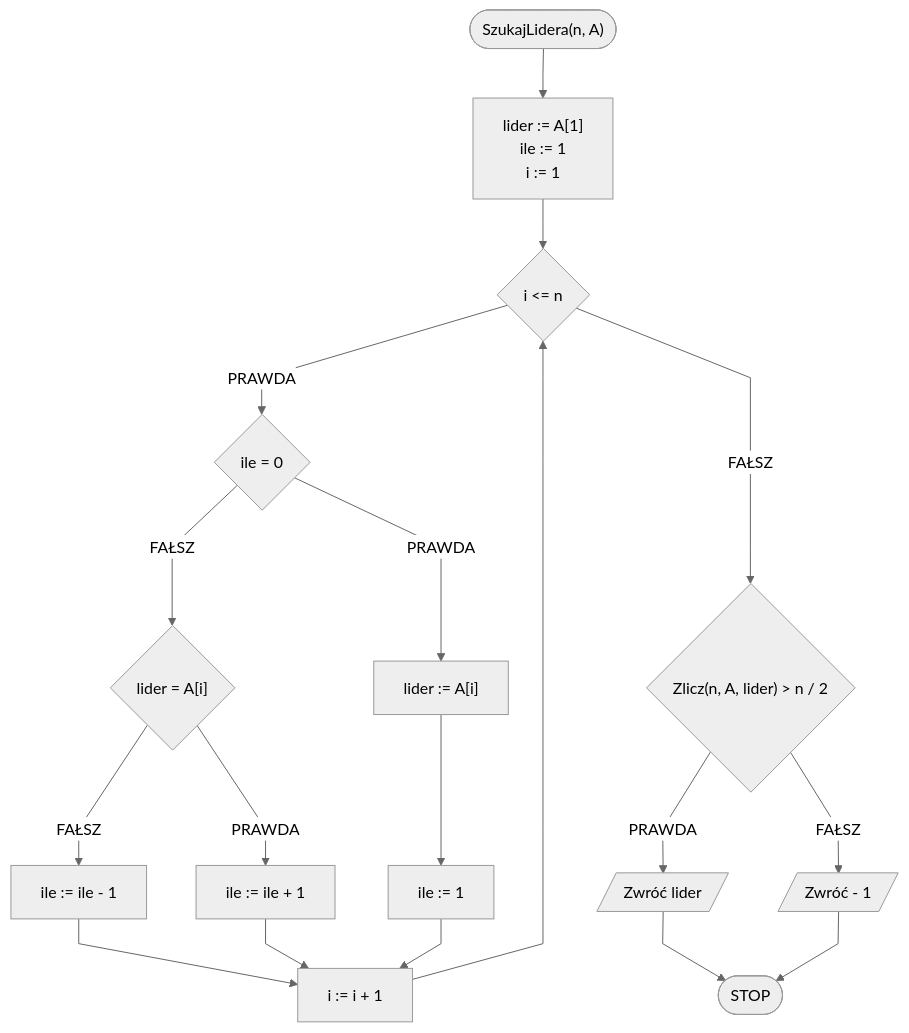
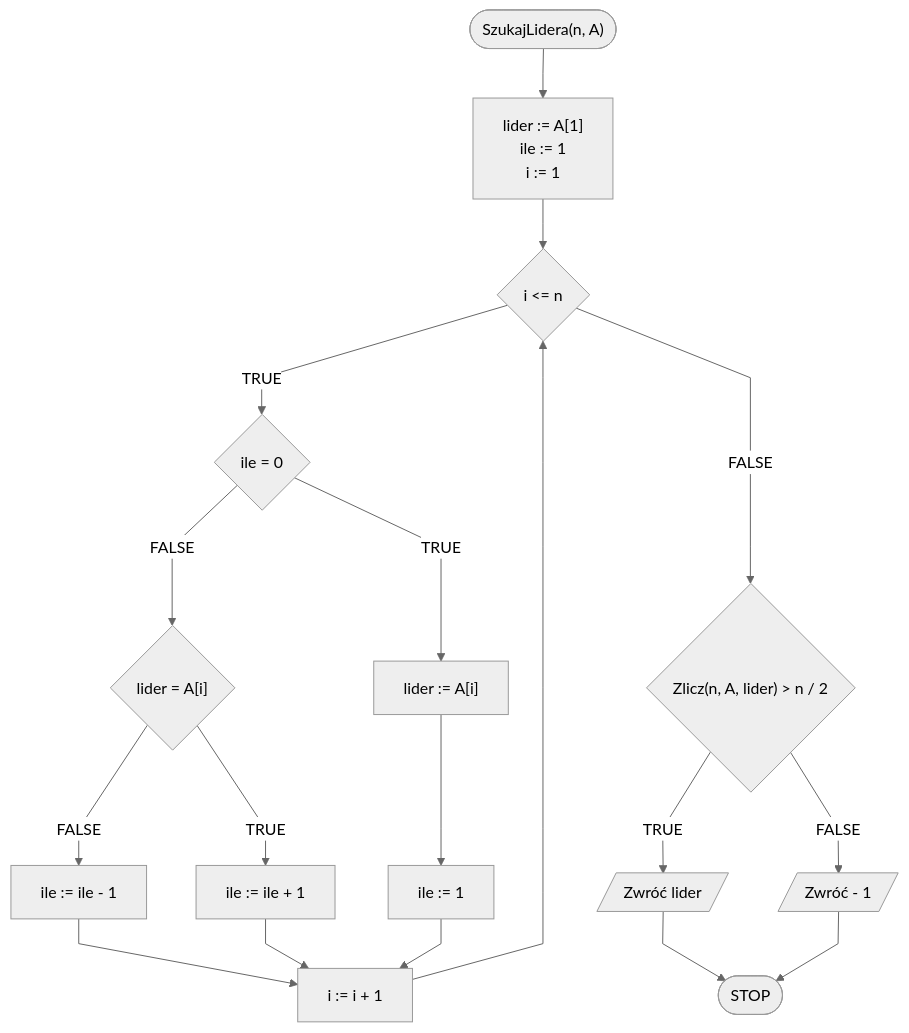
Before and after one commit to blackbat13/edu-cs-htiew-en: the third of 3 diagrams in docs/algorithms/searching/majority.md, drawn with Mermaid. The commit also changed other lines of this file and 682 other files, not shown here.

````diff
--- a/docs/algorithms/searching/majority.md
+++ b/docs/algorithms/searching/majority.md
@@ -190,23 +190,23 @@
 ```mermaid
 %%{init: {"flowchart": {"curve": "linear"}, "theme": "neutral"} }%%
 flowchart TD
 	START(["SzukajLidera(n, A)"]) --> K1["lider := A[1]
 	ile := 1
 	i := 1"]
 	K1 --> K3{i <= n}
-	K3 -- PRAWDA --> K4{ile = 0}
-	K4 -- PRAWDA --> K5["lider := A[i]"]
+	K3 -- TRUE --> K4{ile = 0}
+	K4 -- TRUE --> K5["lider := A[i]"]
 	K5 --> K6[ile := 1]
-	K4 -- FAŁSZ --> K7{"lider = A[i]"}
-	K7 -- PRAWDA --> K8[ile := ile + 1]
-	K7 -- FAŁSZ --> K10[ile := ile - 1]
+	K4 -- FALSE --> K7{"lider = A[i]"}
+	K7 -- TRUE --> K8[ile := ile + 1]
+	K7 -- FALSE --> K10[ile := ile - 1]
 	K10 --> K3i[i := i + 1]
 	K8 --> K3i
 	K6 --> K3i
 	K3i --> K3
-	K3 -- FAŁSZ ---> K15{"Zlicz(n, A, lider) > n / 2"}
-	K15 -- PRAWDA --> K16[/Zwróć lider/]
+	K3 -- FALSE ---> K15{"Zlicz(n, A, lider) > n / 2"}
+	K15 -- TRUE --> K16[/Zwróć lider/]
 	K16 --> STOP([STOP])
-	K15 -- FAŁSZ --> K18[/Zwróć - 1/]
+	K15 -- FALSE --> K18[/Zwróć - 1/]
 	K18 --> STOP
 ```
````
